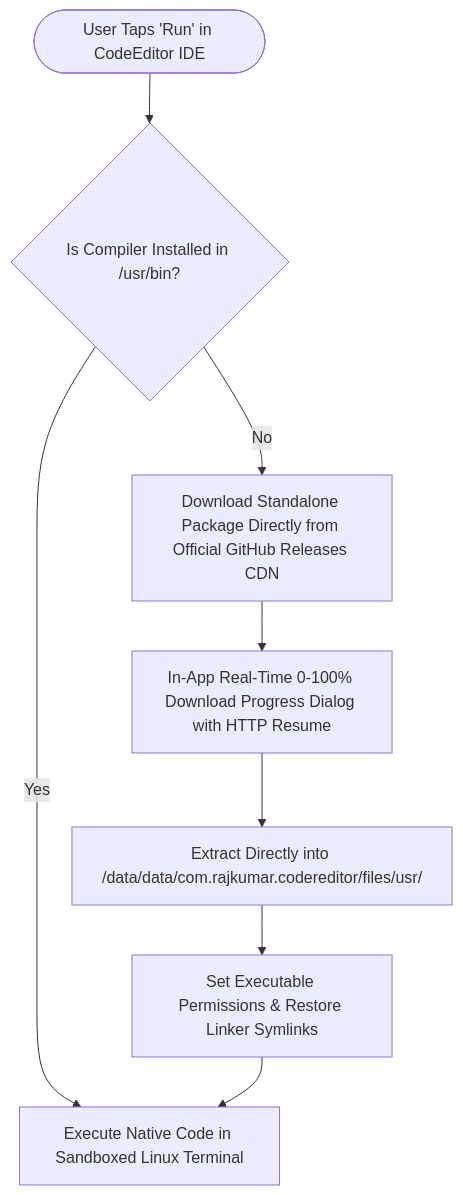
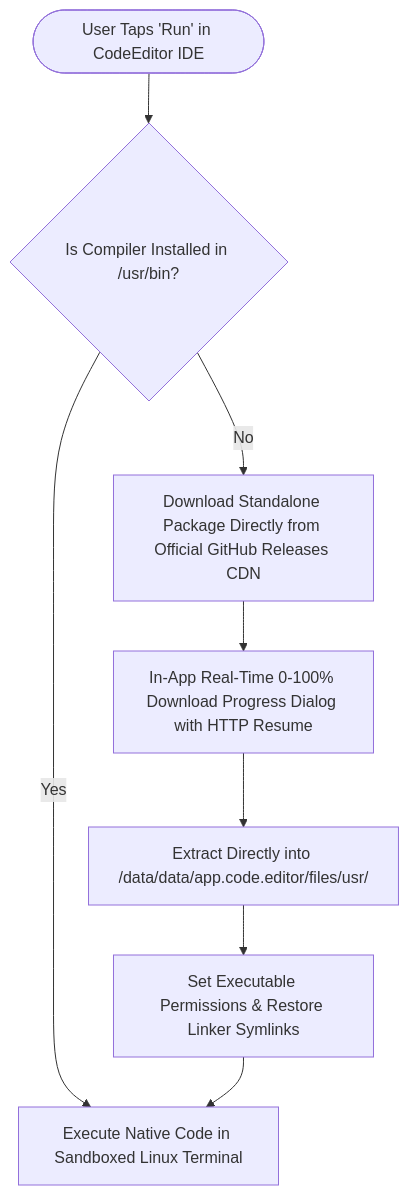
Before and after one commit to raj40870-pixel/library: the diagram in README.md, drawn with Mermaid. The commit also changed other lines of this file, not shown here.

Commit message:
docs: sync compatibility badge with CodeEditor IDE v1.4.6 and app.code.editor

````diff
--- a/README.md
+++ b/README.md
@@ -30,10 +30,10 @@
 ```mermaid
 flowchart TD
     User([User Taps 'Run' in CodeEditor IDE]) --> CheckBin{Is Compiler Installed in /usr/bin?}
     CheckBin -- Yes --> RunCode[Execute Native Code in Sandboxed Linux Terminal]
     CheckBin -- No --> CDNFetch[Download Standalone Package Directly from Official GitHub Releases CDN]
     CDNFetch --> Progress[In-App Real-Time 0-100% Download Progress Dialog with HTTP Resume]
-    Progress --> Extract[Extract Directly into /data/data/com.rajkumar.codereditor/files/usr/]
+    Progress --> Extract[Extract Directly into /data/data/app.code.editor/files/usr/]
     Extract --> Perms[Set Executable Permissions & Restore Linker Symlinks]
     Perms --> RunCode
 ```
````
